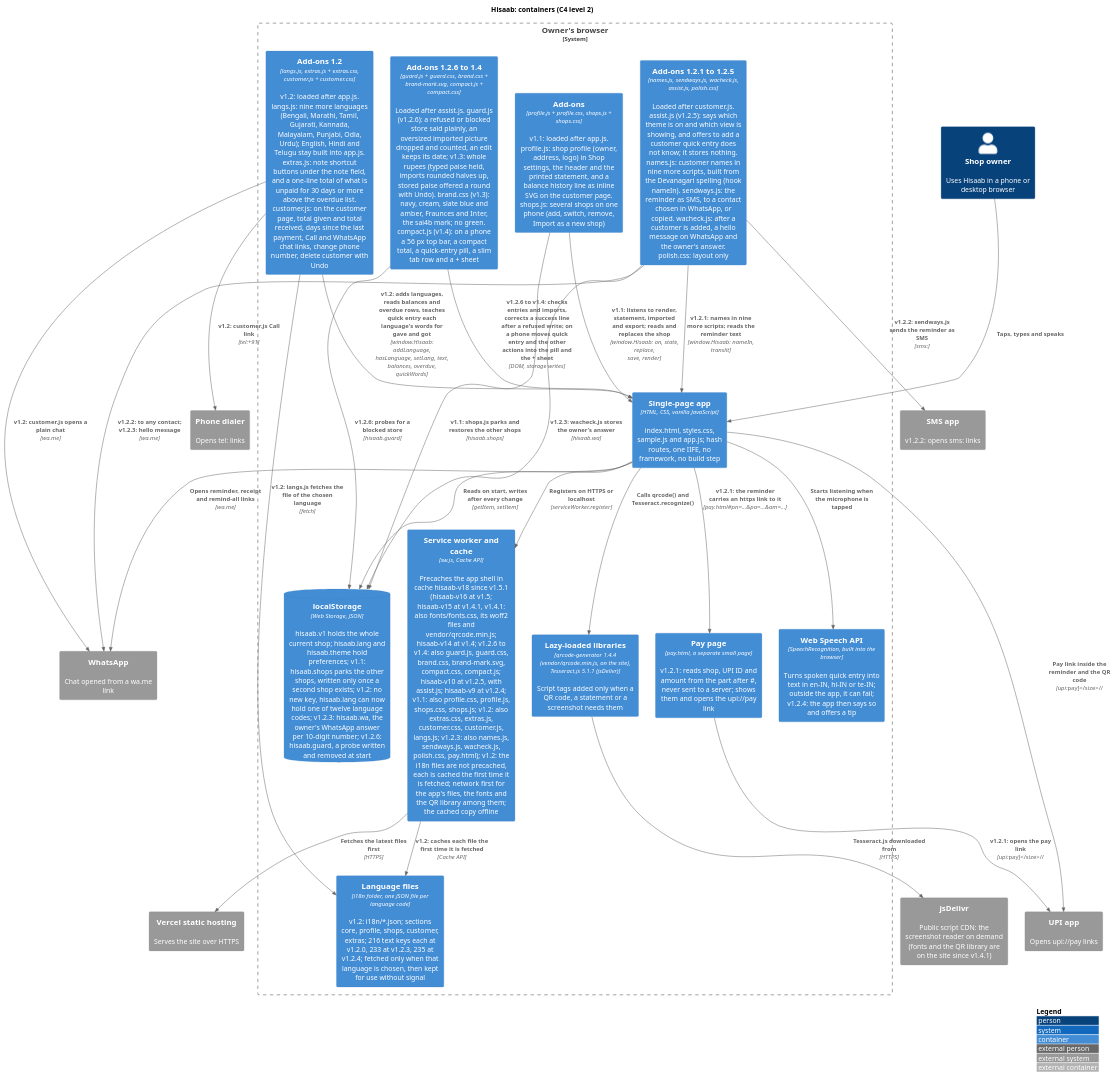
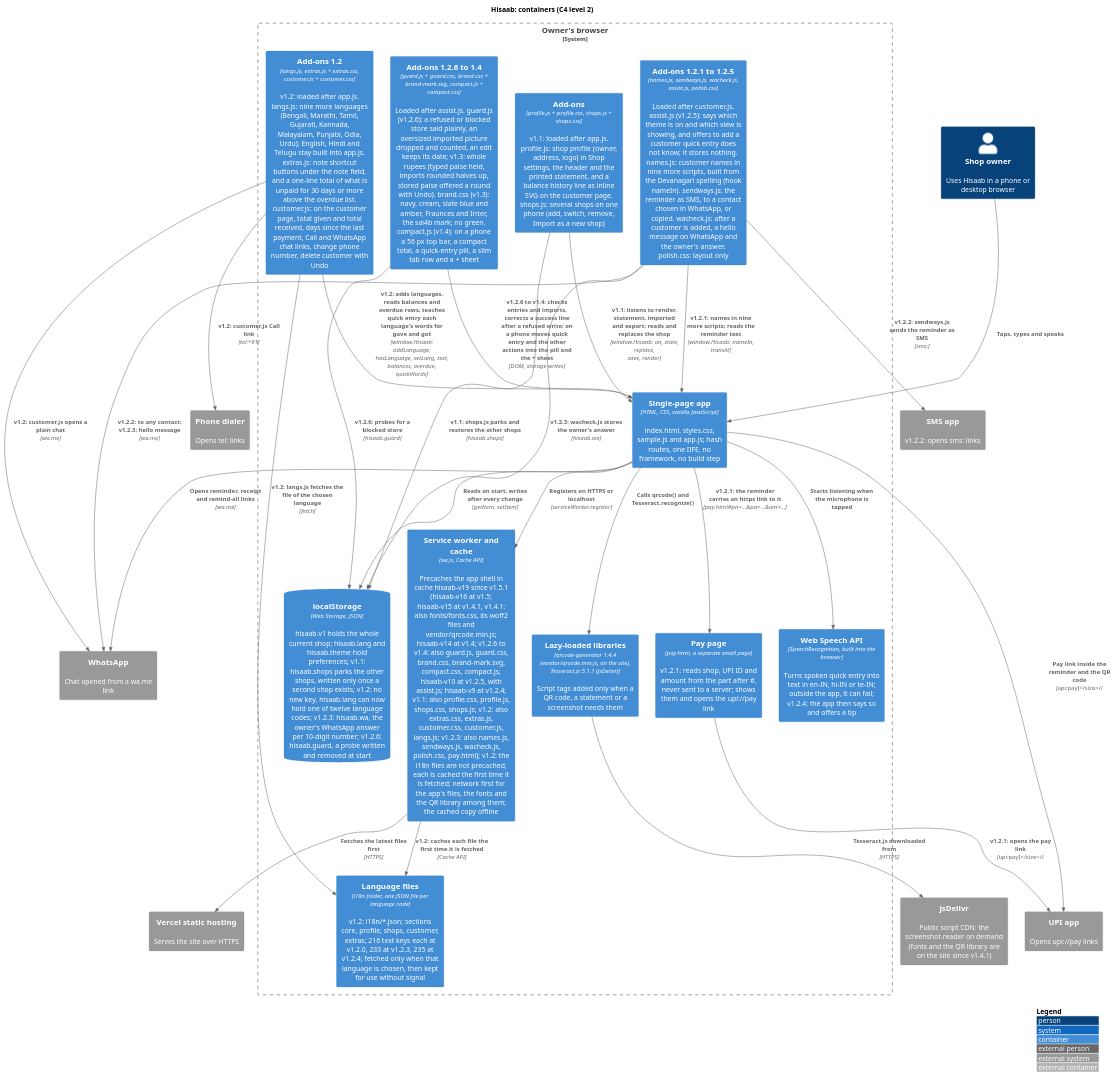
One commit to karwasanjay007/hisaab-docs changed the diagram in docs/diagrams/c4-container.puml. Above: the diagram before and after it, drawn with PlantUML. The commit also changed 8 other files, not shown here.

Commit message:
Version 1.5.1.1: the panel heading follows the language; cache name hisaab-v19 in the documents and diagrams

```diff
--- a/docs/diagrams/c4-container.puml
+++ b/docs/diagrams/c4-container.puml
@@ -1,53 +1,53 @@
 @startuml c4-container
 !include <C4/C4_Container>
 title Hisaab: containers (C4 level 2)
 
 Person(owner, "Shop owner", "Uses Hisaab in a phone or desktop browser")
 System_Ext(whatsapp, "WhatsApp", "Chat opened from a wa.me link")
 System_Ext(upi, "UPI app", "Opens upi://pay links")
 System_Ext(dialer, "Phone dialer", "Opens tel: links")
 System_Ext(sms, "SMS app", "v1.2.2: opens sms: links")
 System_Ext(cdn, "jsDelivr", "Public script CDN: the screenshot reader on demand (fonts and the QR library are on the site since v1.4.1)")
 System_Ext(vercel, "Vercel static hosting", "Serves the site over HTTPS")
 
 System_Boundary(browser, "Owner's browser") {
   Container(spa, "Single-page app", "HTML, CSS, vanilla JavaScript", "index.html, styles.css, sample.js and app.js; hash routes, one IIFE, no framework, no build step")
   Container(addons, "Add-ons", "profile.js + profile.css, shops.js + shops.css", "v1.1: loaded after app.js. profile.js: shop profile (owner, address, logo) in Shop settings, the header and the printed statement, and a balance history line as inline SVG on the customer page. shops.js: several shops on one phone (add, switch, remove, Import as a new shop)")
   ContainerDb(ls, "localStorage", "Web Storage, JSON", "hisaab.v1 holds the whole current shop; hisaab.lang and hisaab.theme hold preferences; v1.1: hisaab.shops parks the other shops, written only once a second shop exists; v1.2: no new key, hisaab.lang can now hold one of twelve language codes; v1.2.3: hisaab.wa, the owner's WhatsApp answer per 10-digit number; v1.2.6: hisaab.guard, a probe written and removed at start")
-  Container(sw, "Service worker and cache", "sw.js, Cache API", "Precaches the app shell in cache hisaab-v18 since v1.5.1 (hisaab-v16 at v1.5; hisaab-v15 at v1.4.1, v1.4.1: also fonts/fonts.css, its woff2 files and vendor/qrcode.min.js; hisaab-v14 at v1.4; v1.2.6 to v1.4: also guard.js, guard.css, brand.css, brand-mark.svg, compact.css, compact.js; hisaab-v10 at v1.2.5, with assist.js; hisaab-v9 at v1.2.4; v1.1: also profile.css, profile.js, shops.css, shops.js; v1.2: also extras.css, extras.js, customer.css, customer.js, langs.js; v1.2.3: also names.js, sendways.js, wacheck.js, polish.css, pay.html); v1.2: the i18n files are not precached, each is cached the first time it is fetched; network first for the app's files, the fonts and the QR library among them; the cached copy offline")
+  Container(sw, "Service worker and cache", "sw.js, Cache API", "Precaches the app shell in cache hisaab-v19 since v1.5.1 (hisaab-v16 at v1.5; hisaab-v15 at v1.4.1, v1.4.1: also fonts/fonts.css, its woff2 files and vendor/qrcode.min.js; hisaab-v14 at v1.4; v1.2.6 to v1.4: also guard.js, guard.css, brand.css, brand-mark.svg, compact.css, compact.js; hisaab-v10 at v1.2.5, with assist.js; hisaab-v9 at v1.2.4; v1.1: also profile.css, profile.js, shops.css, shops.js; v1.2: also extras.css, extras.js, customer.css, customer.js, langs.js; v1.2.3: also names.js, sendways.js, wacheck.js, polish.css, pay.html); v1.2: the i18n files are not precached, each is cached the first time it is fetched; network first for the app's files, the fonts and the QR library among them; the cached copy offline")
   Container(addons12, "Add-ons 1.2", "langs.js, extras.js + extras.css, customer.js + customer.css", "v1.2: loaded after app.js. langs.js: nine more languages (Bengali, Marathi, Tamil, Gujarati, Kannada, Malayalam, Punjabi, Odia, Urdu); English, Hindi and Telugu stay built into app.js. extras.js: note shortcut buttons under the note field, and a one-line total of what is unpaid for 30 days or more above the overdue list. customer.js: on the customer page, total given and total received, days since the last payment, Call and WhatsApp chat links, change phone number, delete customer with Undo")
   Container(i18nfiles, "Language files", "i18n folder, one JSON file per language code", "v1.2: i18n/*.json; sections core, profile, shops, customer, extras; 216 text keys each at v1.2.0, 233 at v1.2.3, 235 at v1.2.4; fetched only when that language is chosen, then kept for use without signal")
   Container(addons123, "Add-ons 1.2.1 to 1.2.5", "names.js, sendways.js, wacheck.js, assist.js, polish.css", "Loaded after customer.js. assist.js (v1.2.5): says which theme is on and which view is showing, and offers to add a customer quick entry does not know; it stores nothing. names.js: customer names in nine more scripts, built from the Devanagari spelling (hook nameIn). sendways.js: the reminder as SMS, to a contact chosen in WhatsApp, or copied. wacheck.js: after a customer is added, a hello message on WhatsApp and the owner's answer. polish.css: layout only")
   Container(addons14, "Add-ons 1.2.6 to 1.4", "guard.js + guard.css, brand.css + brand-mark.svg, compact.js + compact.css", "Loaded after assist.js. guard.js (v1.2.6): a refused or blocked store said plainly, an oversized imported picture dropped and counted, an edit keeps its date; v1.3: whole rupees (typed paise held, imports rounded halves up, stored paise offered a round with Undo). brand.css (v1.3): navy, cream, slate blue and amber, Fraunces and Inter, the sai4b mark; no green. compact.js (v1.4): on a phone a 56 px top bar, a compact total, a quick-entry pill, a slim tab row and a + sheet")
   Container(paypage, "Pay page", "pay.html, a separate small page", "v1.2.1: reads shop, UPI ID and amount from the part after #, never sent to a server; shows them and opens the upi://pay link")
   Container(libs, "Lazy-loaded libraries", "qrcode-generator 1.4.4 (vendor/qrcode.min.js, on the site), Tesseract.js 5.1.1 (jsDelivr)", "Script tags added only when a QR code, a statement or a screenshot needs them")
   Container(speech, "Web Speech API", "SpeechRecognition, built into the browser", "Turns spoken quick entry into text in en-IN, hi-IN or te-IN; outside the app, it can fail; v1.2.4: the app then says so and offers a tip")
 }
 
 Rel(owner, spa, "Taps, types and speaks")
 Rel(spa, ls, "Reads on start, writes after every change", "getItem, setItem")
 Rel(addons, spa, "v1.1: listens to render, statement, imported and export; reads and replaces the shop", "window.Hisaab: on, state, replace, save, render")
 Rel(addons, ls, "v1.1: shops.js parks and restores the other shops", "hisaab.shops")
 Rel(addons12, spa, "v1.2: adds languages, reads balances and overdue rows, teaches quick entry each language's words for gave and got", "window.Hisaab: addLanguage, hasLanguage, setLang, text, balances, overdue, quickWords")
 Rel(addons12, i18nfiles, "v1.2: langs.js fetches the file of the chosen language", "fetch")
 Rel(sw, i18nfiles, "v1.2: caches each file the first time it is fetched", "Cache API")
 Rel(spa, sw, "Registers on HTTPS or localhost", "serviceWorker.register")
 Rel(sw, vercel, "Fetches the latest files first", "HTTPS")
 Rel(spa, libs, "Calls qrcode() and Tesseract.recognize()")
 Rel(libs, cdn, "Tesseract.js downloaded from", "HTTPS")
 Rel(spa, speech, "Starts listening when the microphone is tapped")
 Rel(spa, whatsapp, "Opens reminder, receipt and remind-all links", "wa.me")
 Rel(spa, upi, "Pay link inside the reminder and the QR code", "upi://pay")
 Rel(addons12, whatsapp, "v1.2: customer.js opens a plain chat", "wa.me")
 Rel(addons12, dialer, "v1.2: customer.js Call link", "tel:+91")
 Rel(addons123, spa, "v1.2.1: names in nine more scripts; reads the reminder text", "window.Hisaab: nameIn, translit")
 Rel(addons123, ls, "v1.2.3: wacheck.js stores the owner's answer", "hisaab.wa")
 Rel(addons123, sms, "v1.2.2: sendways.js sends the reminder as SMS", "sms:")
 Rel(addons123, whatsapp, "v1.2.2: to any contact; v1.2.3: hello message", "wa.me")
 Rel(spa, paypage, "v1.2.1: the reminder carries an https link to it", "pay.html#pn=...&pa=...&am=...")
 Rel(paypage, upi, "v1.2.1: opens the pay link", "upi://pay")
 Rel(addons14, spa, "v1.2.6 to v1.4: checks entries and imports, corrects a success line after a refused write; on a phone moves quick entry and the other actions into the pill and the + sheet", "DOM, storage writes")
 Rel(addons14, ls, "v1.2.6: probes for a blocked store", "hisaab.guard")
 
 LAYOUT_WITH_LEGEND()
 @enduml
```
